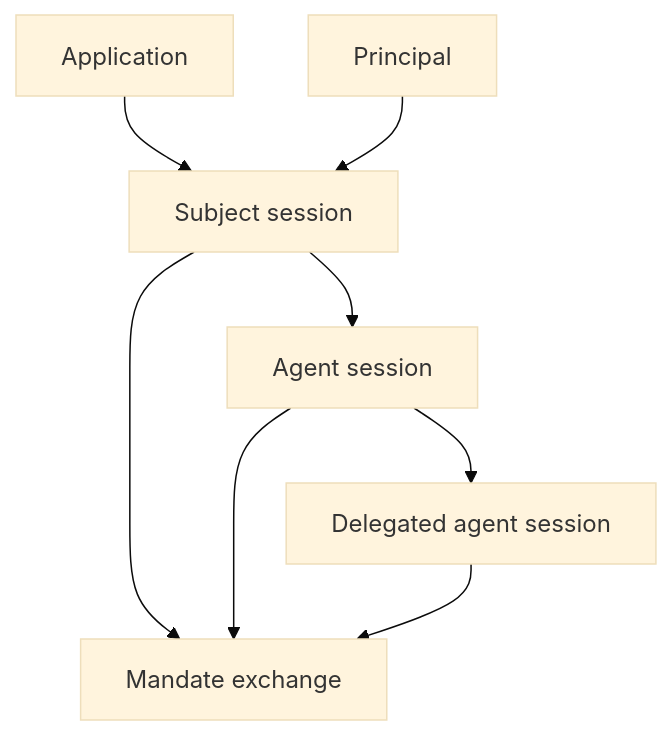
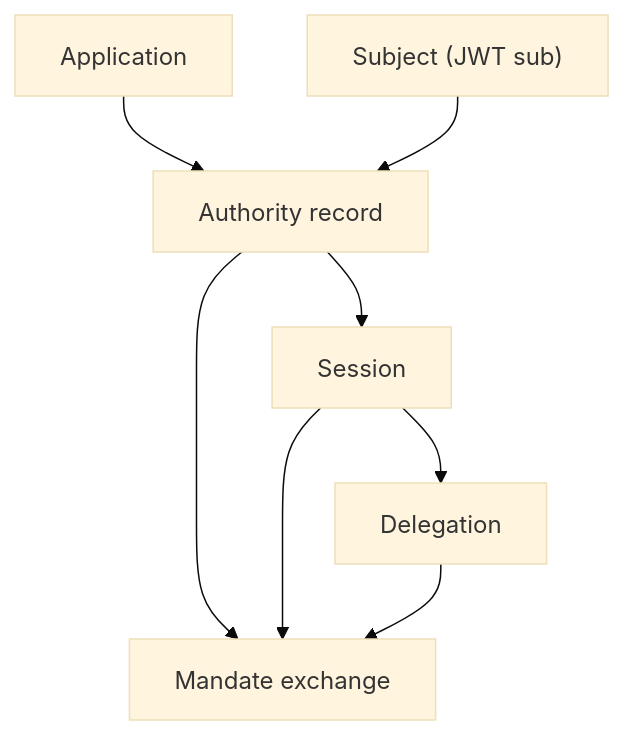
One commit to Garudex-Labs/caracal changed the second of 2 diagrams in docs/src/content/docs/concepts/principal.mdx. Above: the diagram before and after it, drawn with Mermaid (base theme). The commit also changed other lines of this file and 14 other files, not shown here.

````diff
--- a/docs/src/content/docs/concepts/principal.mdx
+++ b/docs/src/content/docs/concepts/principal.mdx
@@ -91,10 +91,10 @@
 ```mermaid
 flowchart TD
-  App["Application"] --> Session["Subject session"]
-  Principal["Principal"] --> Session
-  Session --> Spawn["Agent session"]
-  Spawn --> Delegate["Delegated agent session"]
-  Session --> Mandate["Mandate exchange"]
-  Spawn --> Mandate
+  App["Application"] --> Authority["Authority record"]
+  Subject["Subject (JWT sub)"] --> Authority
+  Authority --> Session["Session"]
+  Session --> Delegate["Delegation"]
+  Authority --> Mandate["Mandate exchange"]
+  Session --> Mandate
   Delegate --> Mandate
 ```
````
